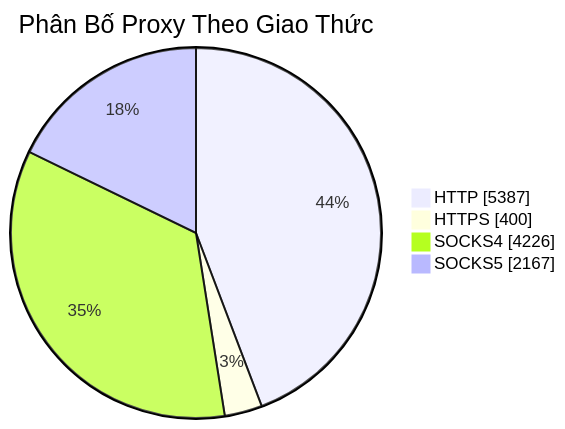
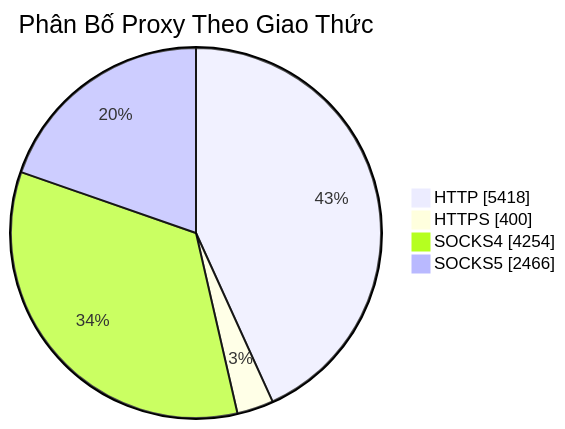
One commit to Ciara-Aa/PROXY-free changed the diagram in README.md. Above: the diagram before and after it, drawn with Mermaid. The commit also changed other lines of this file and 4 other files, not shown here.

````diff
--- a/README.md
+++ b/README.md
@@ -26,7 +26,7 @@
 ```mermaid
 pie showData title Phân Bố Proxy Theo Giao Thức
-    "HTTP" : 5387
+    "HTTP" : 5418
     "HTTPS" : 400
-    "SOCKS4" : 4226
-    "SOCKS5" : 2167
+    "SOCKS4" : 4254
+    "SOCKS5" : 2466
 ```
````
